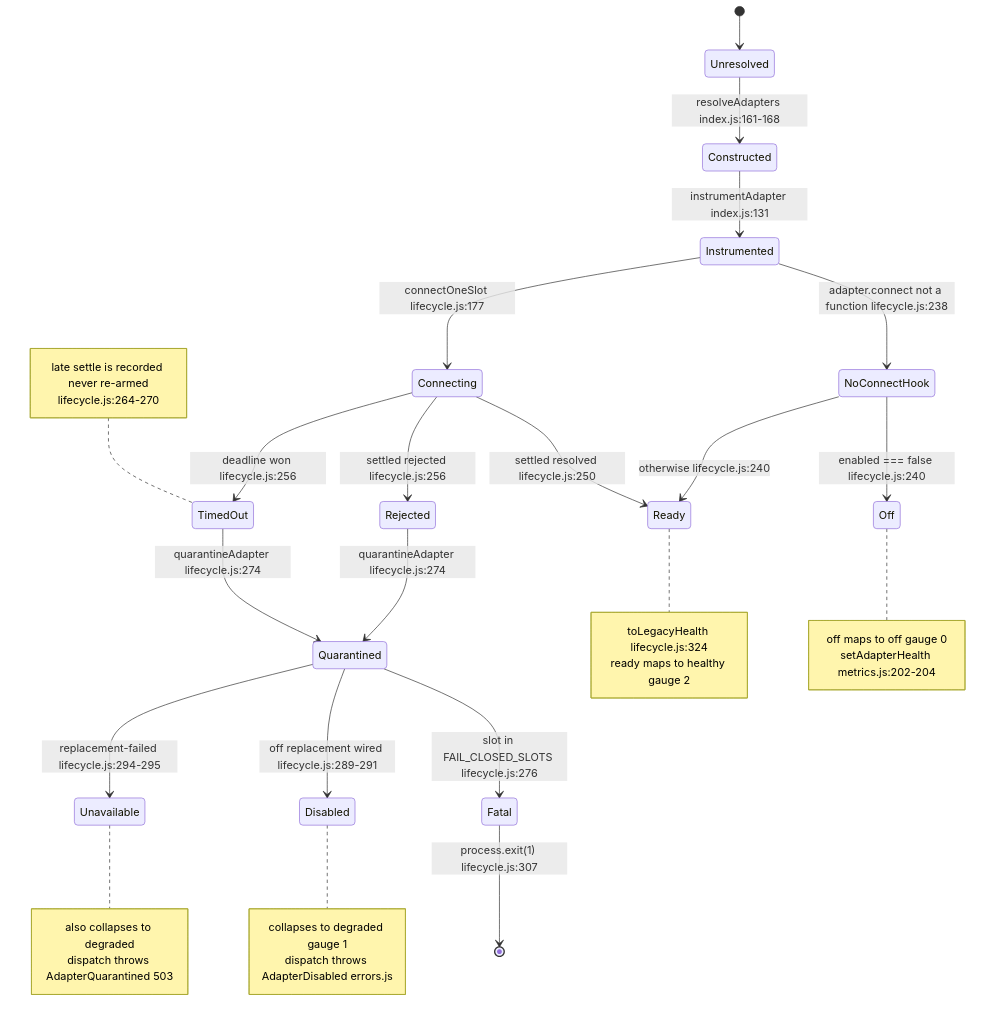
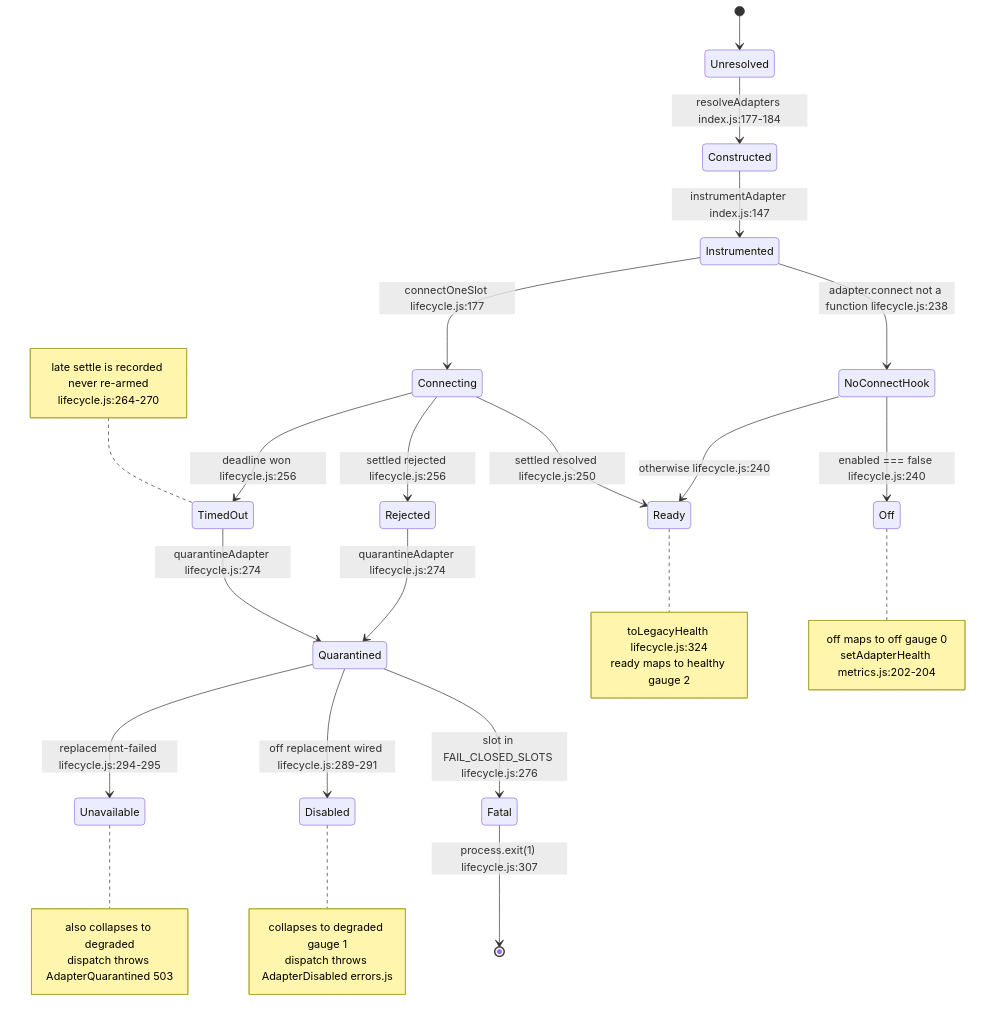
One commit to DreamLab-AI/AR-AI-Knowledge-Graph changed the eighth of 16 diagrams in docs/diagrams/agentbox/04-adapter-spine.md. Above: the diagram before and after it, drawn with Mermaid. The commit also changed other lines of this file and 73 other files, not shown here.

First line of the commit message:
docs(diagrams): re-verify all 71 topic files against HEAD; add --cite-check

````diff
--- a/docs/diagrams/agentbox/04-adapter-spine.md
+++ b/docs/diagrams/agentbox/04-adapter-spine.md
@@ -338,45 +339,45 @@
 ```mermaid
 stateDiagram-v2
     [*] --> Unresolved
-    Unresolved --> Constructed: resolveAdapters index.js:161-168
-    Constructed --> Instrumented: instrumentAdapter index.js:131
+    Unresolved --> Constructed: resolveAdapters index.js:177-184
+    Constructed --> Instrumented: instrumentAdapter index.js:147
     Instrumented --> NoConnectHook: adapter.connect not a function lifecycle.js:238
     Instrumented --> Connecting: connectOneSlot lifecycle.js:177
 
     NoConnectHook --> Off: enabled === false lifecycle.js:240
     NoConnectHook --> Ready: otherwise lifecycle.js:240
 
     Connecting --> Ready: settled resolved lifecycle.js:250
     Connecting --> Rejected: settled rejected lifecycle.js:256
     Connecting --> TimedOut: deadline won lifecycle.js:256
 
     Rejected --> Quarantined: quarantineAdapter lifecycle.js:274
     TimedOut --> Quarantined: quarantineAdapter lifecycle.js:274
 
     Quarantined --> Fatal: slot in FAIL_CLOSED_SLOTS lifecycle.js:276
     Quarantined --> Disabled: off replacement wired lifecycle.js:289-291
     Quarantined --> Unavailable: replacement-failed lifecycle.js:294-295
 
     Fatal --> [*]: process.exit(1) lifecycle.js:307
 
     note right of Ready
         toLegacyHealth lifecycle.js:324
         ready maps to healthy gauge 2
     end note
     note right of Off
         off maps to off gauge 0
         setAdapterHealth metrics.js:202-204
     end note
     note right of Disabled
         collapses to degraded gauge 1
         dispatch throws AdapterDisabled errors.js
     end note
     note right of Unavailable
         also collapses to degraded
         dispatch throws AdapterQuarantined 503
     end note
     note left of TimedOut
         late settle is recorded never re-armed
         lifecycle.js:264-270
     end note
 ```
````
